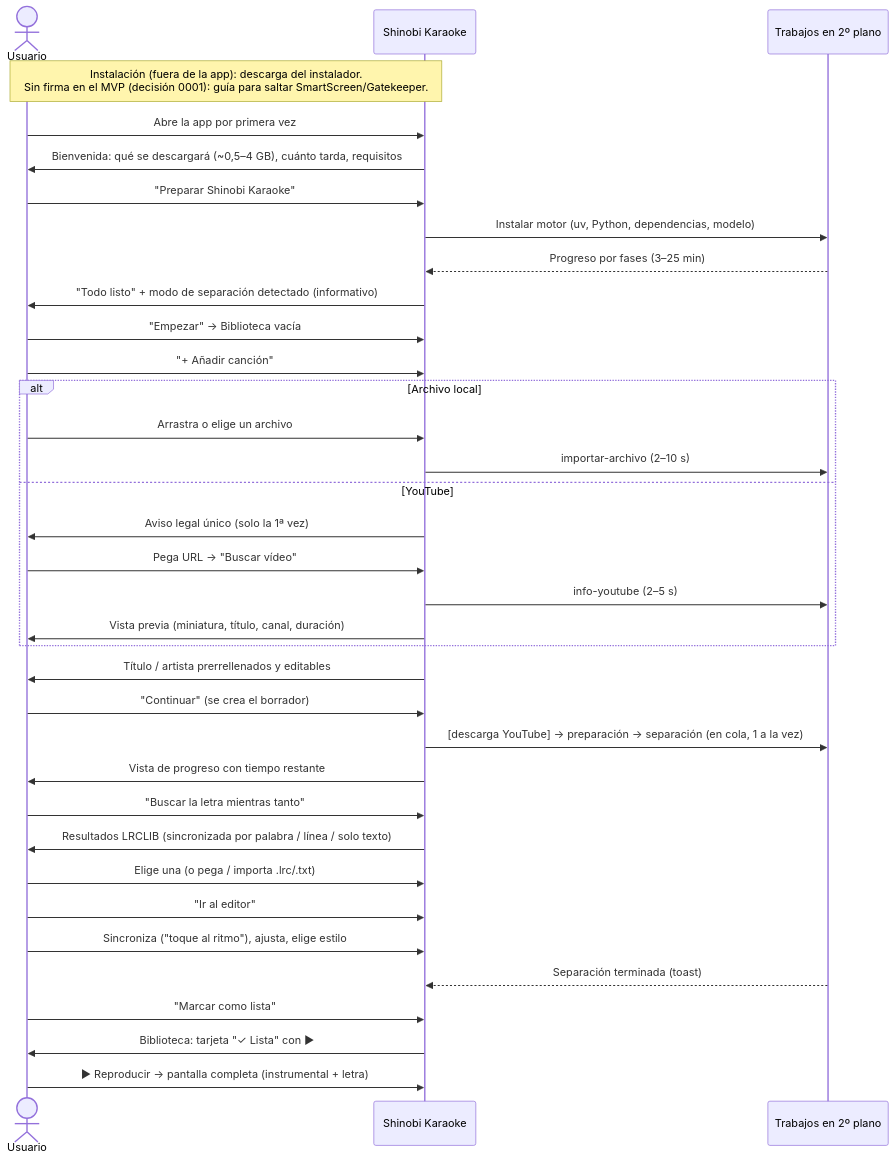
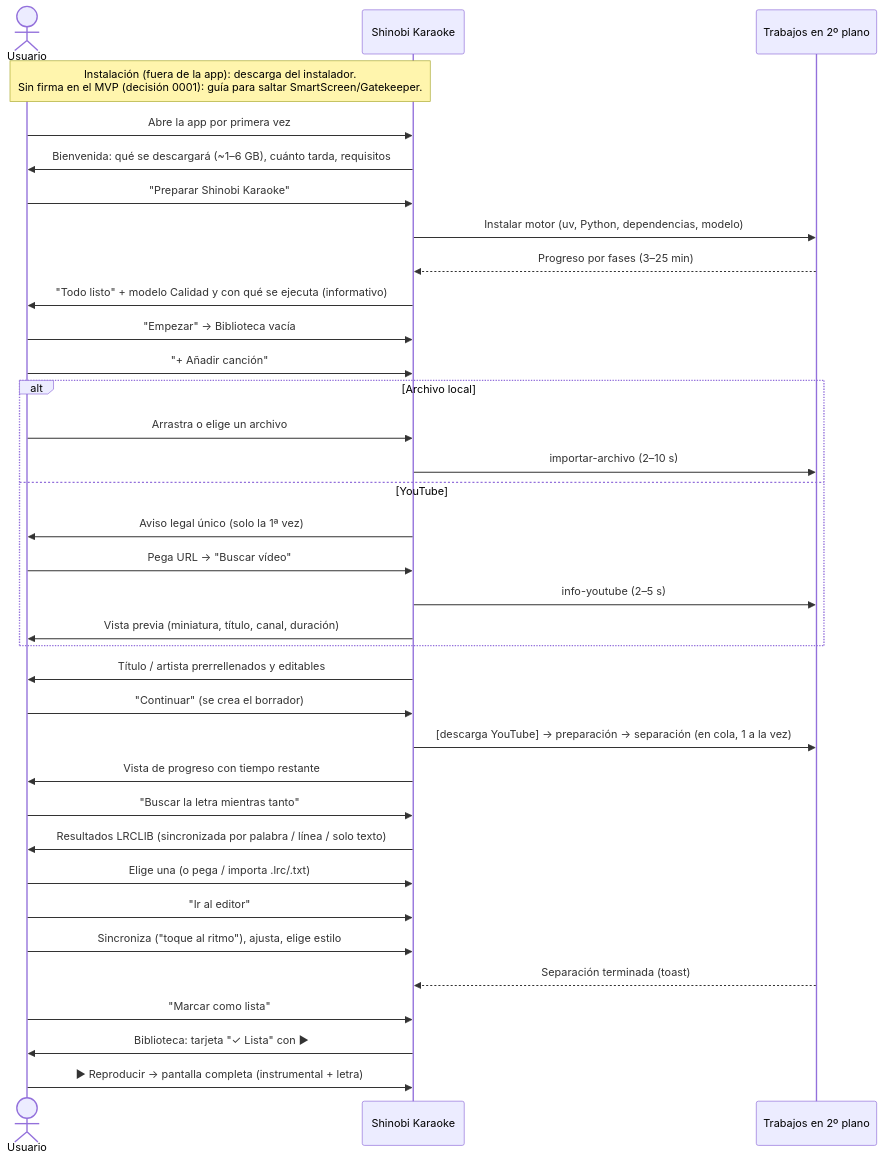
One commit to Gomonsoft/shinobi-karaoke changed the second of 2 diagrams in docs/ux/00-mapa-de-vistas.md. Above: the diagram before and after it, drawn with Mermaid. The commit also changed 186 other files, not shown here.

````diff
--- a/docs/ux/00-mapa-de-vistas.md
+++ b/docs/ux/00-mapa-de-vistas.md
@@ -106,37 +106,37 @@
 ```mermaid
 sequenceDiagram
     actor U as Usuario
     participant App as Shinobi Karaoke
     participant BG as Trabajos en 2º plano
     Note over U,App: Instalación (fuera de la app): descarga del instalador.<br/>Sin firma en el MVP (decisión 0001): guía para saltar SmartScreen/Gatekeeper.
     U->>App: Abre la app por primera vez
-    App->>U: Bienvenida: qué se descargará (~0,5–4 GB), cuánto tarda, requisitos
+    App->>U: Bienvenida: qué se descargará (~1–6 GB), cuánto tarda, requisitos
     U->>App: "Preparar Shinobi Karaoke"
     App->>BG: Instalar motor (uv, Python, dependencias, modelo)
     BG-->>App: Progreso por fases (3–25 min)
-    App->>U: "Todo listo" + modo de separación detectado (informativo)
+    App->>U: "Todo listo" + modelo Calidad y con qué se ejecuta (informativo)
     U->>App: "Empezar" → Biblioteca vacía
     U->>App: "+ Añadir canción"
     alt Archivo local
         U->>App: Arrastra o elige un archivo
         App->>BG: importar-archivo (2–10 s)
     else YouTube
         App->>U: Aviso legal único (solo la 1ª vez)
         U->>App: Pega URL → "Buscar vídeo"
         App->>BG: info-youtube (2–5 s)
         App->>U: Vista previa (miniatura, título, canal, duración)
     end
     App->>U: Título / artista prerrellenados y editables
     U->>App: "Continuar" (se crea el borrador)
     App->>BG: [descarga YouTube] → preparación → separación (en cola, 1 a la vez)
     App->>U: Vista de progreso con tiempo restante
     U->>App: "Buscar la letra mientras tanto"
     App->>U: Resultados LRCLIB (sincronizada por palabra / línea / solo texto)
     U->>App: Elige una (o pega / importa .lrc/.txt)
     U->>App: "Ir al editor"
     U->>App: Sincroniza ("toque al ritmo"), ajusta, elige estilo
     BG-->>App: Separación terminada (toast)
     U->>App: "Marcar como lista"
     App->>U: Biblioteca: tarjeta "✓ Lista" con ▶
     U->>App: ▶ Reproducir → pantalla completa (instrumental + letra)
 ```
````
